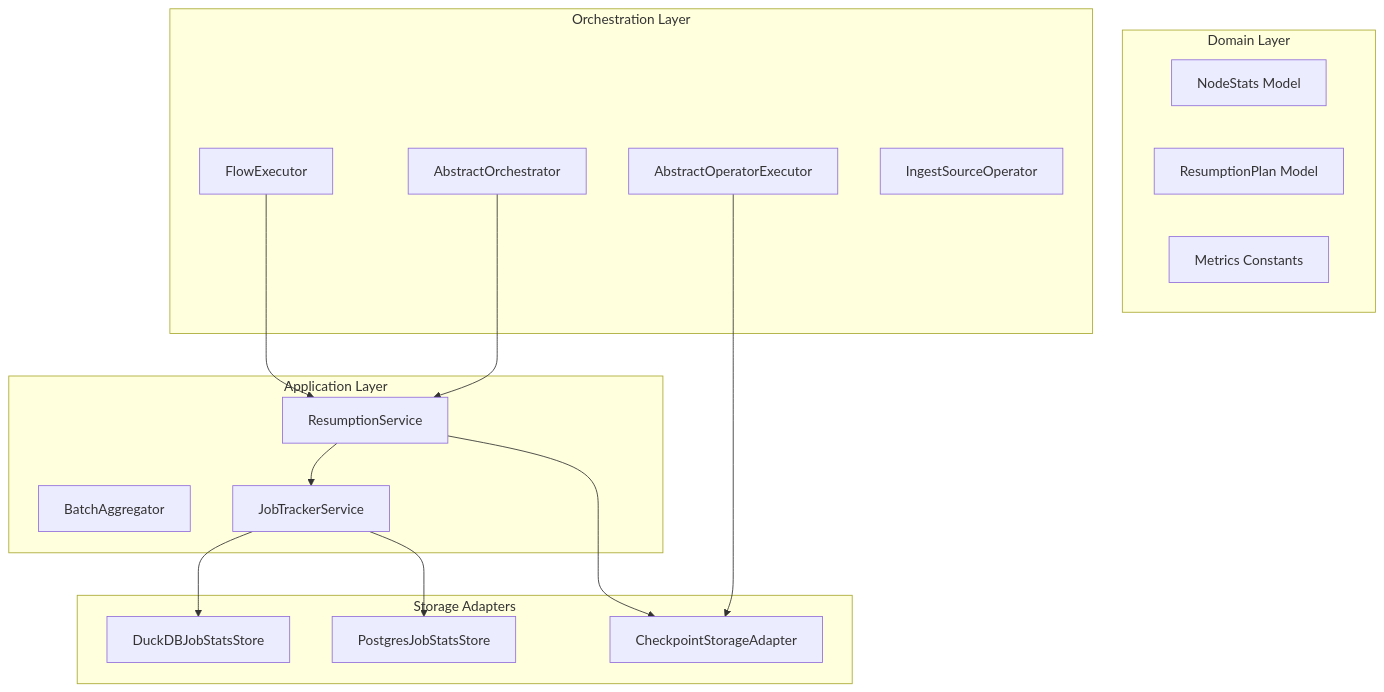
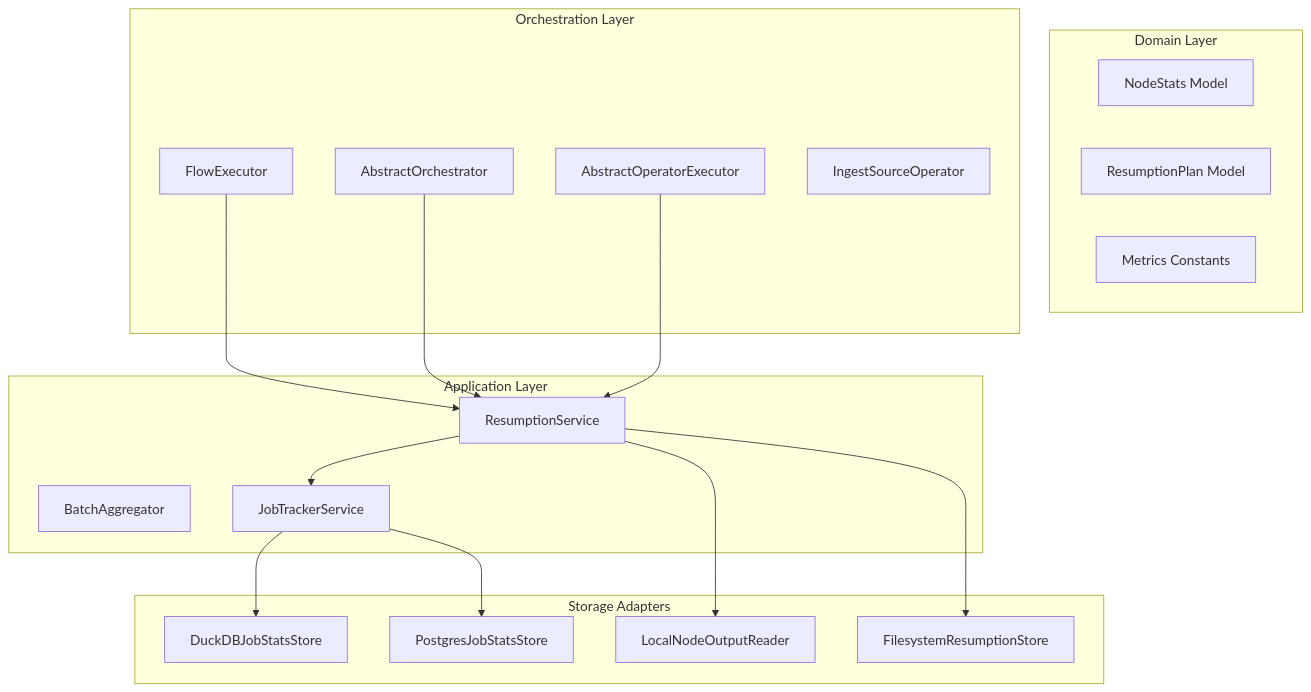
Before and after one commit to docling-project/docling-pipelines: the diagram in openspec/changes/resume-failed-documents-node-level/design.md, drawn with Mermaid. The commit also changed other lines of this file and 21 other files, not shown here.

First line of the commit message:
refactor(resumption): resume failed documents from stored node output

````diff
--- a/openspec/changes/resume-failed-documents-node-level/design.md
+++ b/openspec/changes/resume-failed-documents-node-level/design.md
@@ -25,35 +26,37 @@
 ```mermaid
 graph TD
     subgraph Domain Layer
         NR[NodeStats Model]
         RP[ResumptionPlan Model]
         MS[Metrics Constants]
     end
 
     subgraph Application Layer
         RS[ResumptionService]
         BA[BatchAggregator]
         JS[JobTrackerService]
     end
 
     subgraph Orchestration Layer
         FE[FlowExecutor]
         AO[AbstractOrchestrator]
         OE[AbstractOperatorExecutor]
         ISO[IngestSourceOperator]
     end
 
     subgraph Storage Adapters
         DK[DuckDBJobStatsStore]
         PG[PostgresJobStatsStore]
-        CS[CheckpointStorageAdapter]
+        NR2[LocalNodeOutputReader]
+        FS[FilesystemResumptionStore]
     end
 
     RS --> JS
-    RS --> CS
+    RS --> FS
+    RS --> NR2
     FE --> RS
     AO --> RS
-    OE --> CS
+    OE --> RS
     JS --> DK
     JS --> PG
 ```
````
